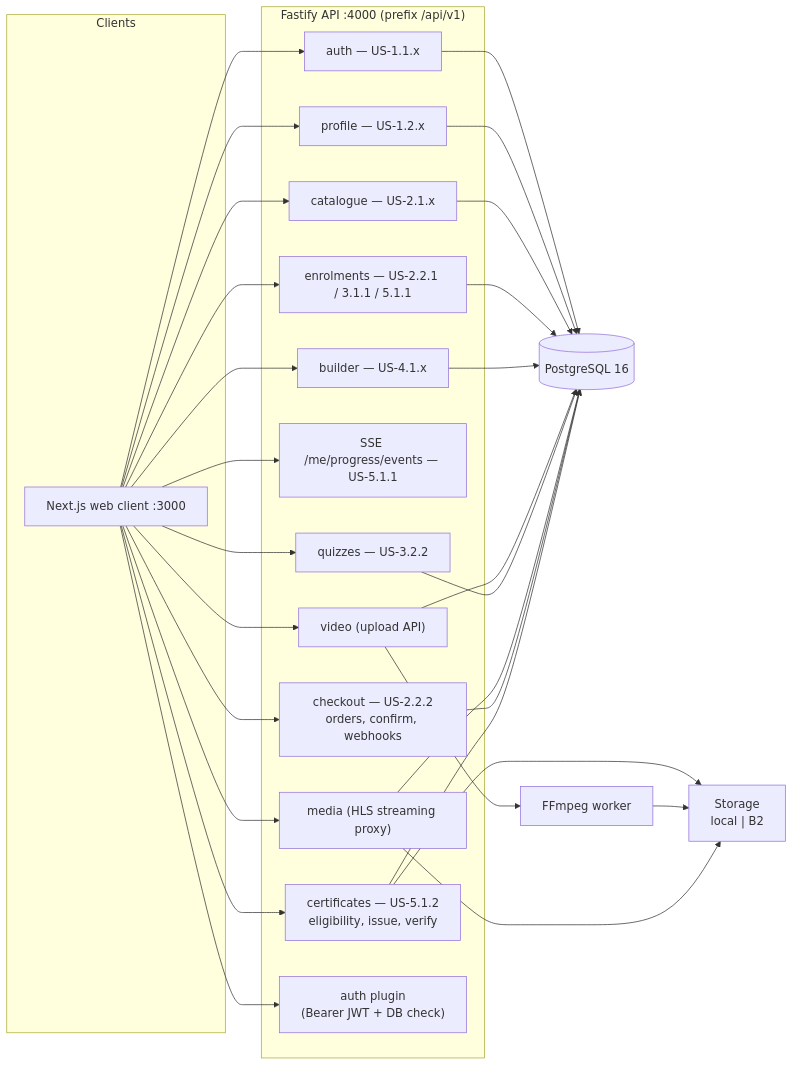
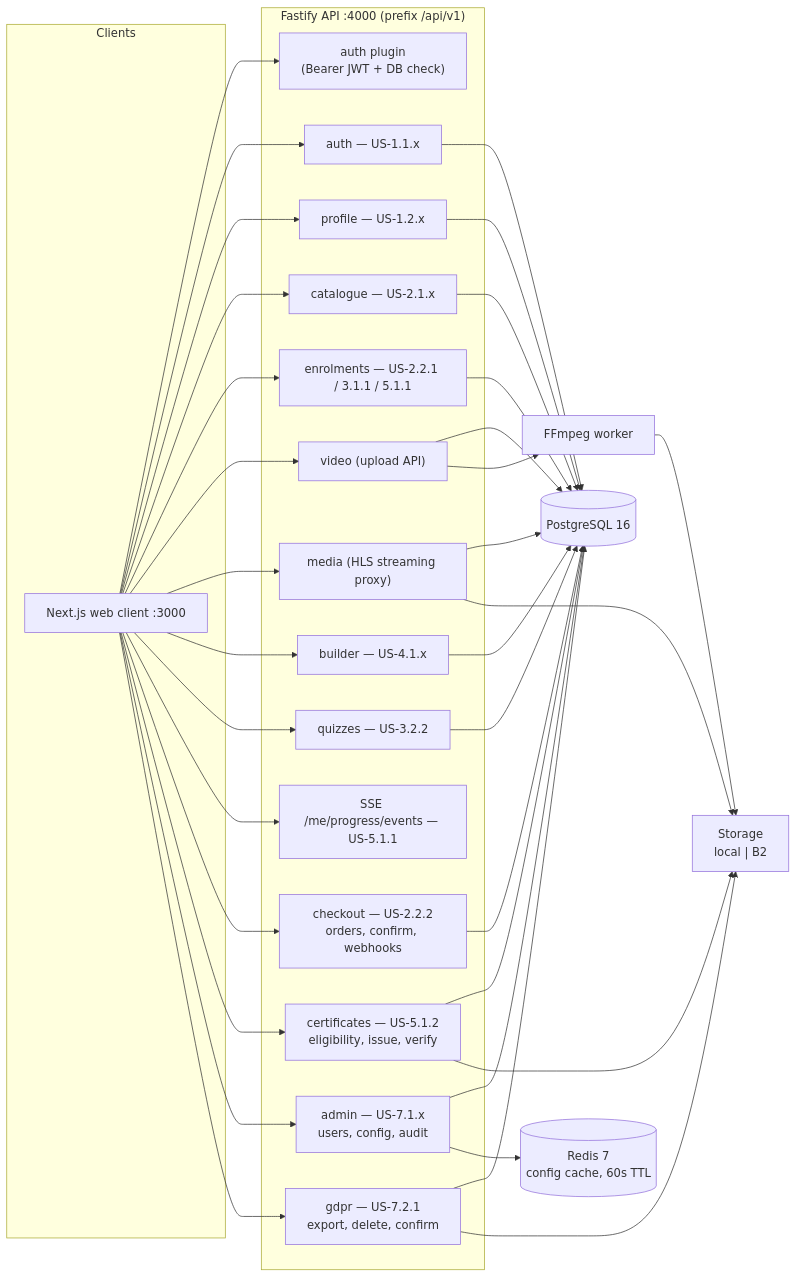
Before and after one commit to Godwin-88/laughing-waffle: the first of 9 diagrams in docs/architecture.md, drawn with Mermaid. The commit also changed other lines of this file and 37 other files, not shown here.

Commit message:
feat(api,web,docs): add admin control panel and GDPR self-service (US-7.1.x, US-7.2.1)

````diff
--- a/docs/architecture.md
+++ b/docs/architecture.md
@@ -18,38 +19,44 @@
 ```mermaid
 flowchart LR
     subgraph Clients
         NEXT["Next.js web client :3000"]
     end
 
     subgraph Gateway["Fastify API :4000  (prefix /api/v1)"]
         AUTH["auth — US-1.1.x"]
         PROF["profile — US-1.2.x"]
         CAT["catalogue — US-2.1.x"]
         ENR["enrolments — US-2.2.1 / 3.1.1 / 5.1.1"]
         QUIZ["quizzes — US-3.2.2"]
         SSE["SSE /me/progress/events — US-5.1.1"]
         VID["video (upload API)"]
         MEDIA["media (HLS streaming proxy)"]
         BLD["builder — US-4.1.x"]
         ORD["checkout — US-2.2.2<br/>orders, confirm, webhooks"]
         CERT["certificates — US-5.1.2<br/>eligibility, issue, verify"]
+        ADM["admin — US-7.1.x<br/>users, config, audit"]
+        GDPR["gdpr — US-7.2.1<br/>export, delete, confirm"]
         AUTH_PLUGIN["auth plugin<br/>(Bearer JWT + DB check)"]
     end
 
     NEXT --> AUTH_PLUGIN
-    NEXT --> AUTH & PROF & CAT & ENR & VID & MEDIA & BLD & QUIZ & SSE & ORD & CERT
+    NEXT --> AUTH & PROF & CAT & ENR & VID & MEDIA & BLD & QUIZ & SSE & ORD & CERT & ADM & GDPR
 
     AUTH & PROF --> PG[("PostgreSQL 16")]
     CAT --> PG
     ENR --> PG
     BLD --> PG
     VID --> PG
     QUIZ --> PG
     MEDIA --> PG
     ORD --> PG
     CERT --> PG
     CERT --> STORE
+    ADM --> PG
+    GDPR --> PG
+    GDPR --> STORE
+    ADM --> REDIS[("Redis 7<br/>config cache, 60s TTL")]
     VID --> TRANSCODER["FFmpeg worker"]
     TRANSCODER --> STORE["Storage<br/>local | B2"]
     MEDIA --> STORE
 ```
````
